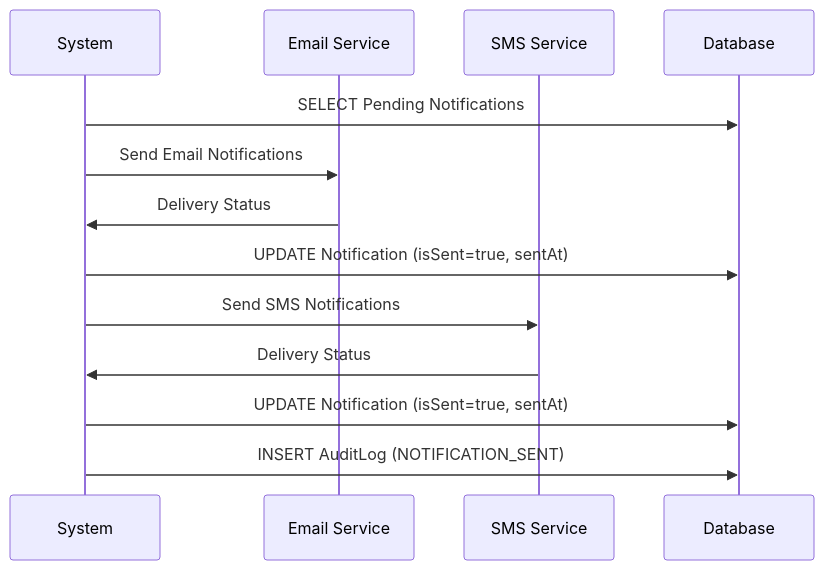
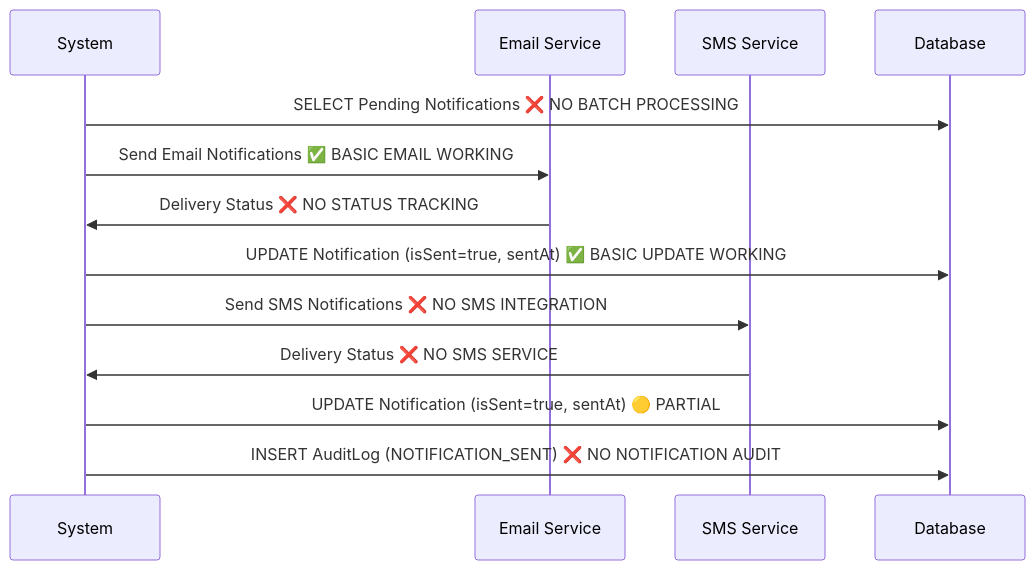
Before and after one commit to AshishDabhi1539/Loan_Screening_Project: the fifth of 7 diagrams in COMPLETE_DATA_FLOW_ANALYSIS.md, drawn with Mermaid. The commit also changed other lines of this file and 29 other files, not shown here.

````diff
--- a/COMPLETE_DATA_FLOW_ANALYSIS.md
+++ b/COMPLETE_DATA_FLOW_ANALYSIS.md
@@ -151,16 +191,16 @@
 ```mermaid
 sequenceDiagram
     participant S as System
     participant EMAIL as Email Service
     participant SMS as SMS Service
     participant DB as Database
     
-    S->>DB: SELECT Pending Notifications
-    S->>EMAIL: Send Email Notifications
-    EMAIL->>S: Delivery Status
-    S->>DB: UPDATE Notification (isSent=true, sentAt)
-    S->>SMS: Send SMS Notifications
-    SMS->>S: Delivery Status
-    S->>DB: UPDATE Notification (isSent=true, sentAt)
-    S->>DB: INSERT AuditLog (NOTIFICATION_SENT)
+    S->>DB: SELECT Pending Notifications ❌ NO BATCH PROCESSING
+    S->>EMAIL: Send Email Notifications ✅ BASIC EMAIL WORKING
+    EMAIL->>S: Delivery Status ❌ NO STATUS TRACKING
+    S->>DB: UPDATE Notification (isSent=true, sentAt) ✅ BASIC UPDATE WORKING
+    S->>SMS: Send SMS Notifications ❌ NO SMS INTEGRATION
+    SMS->>S: Delivery Status ❌ NO SMS SERVICE
+    S->>DB: UPDATE Notification (isSent=true, sentAt) 🟡 PARTIAL
+    S->>DB: INSERT AuditLog (NOTIFICATION_SENT) ❌ NO NOTIFICATION AUDIT
 ```
````
